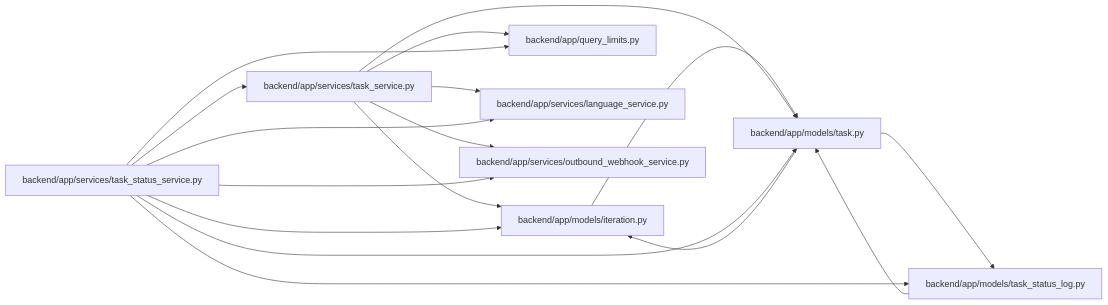
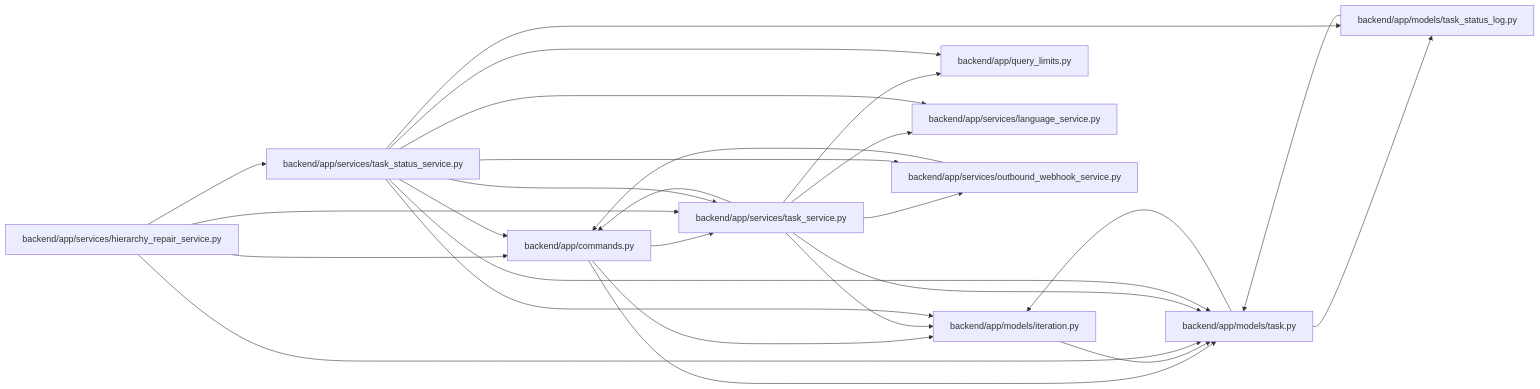
Before and after one commit to Denissvgn/WorkChord: the diagram in docs/llm_wiki/modules/task_status_service.md, drawn with Mermaid. The commit also changed other lines of this file and 958 other files, not shown here.

First line of the commit message:
docs(wiki): refresh identity and recovery architecture

````diff
--- a/docs/llm_wiki/modules/task_status_service.md
+++ b/docs/llm_wiki/modules/task_status_service.md
@@ -30,35 +33,49 @@
 ```mermaid
 flowchart LR
-    n0["backend/app/models/iteration.py"]
-    n1["backend/app/models/task.py"]
-    n2["backend/app/models/task_status_log.py"]
-    n3["backend/app/query_limits.py"]
-    n4["backend/app/services/language_service.py"]
-    n5["backend/app/services/outbound_webhook_service.py"]
-    n6["backend/app/services/task_service.py"]
-    n7["backend/app/services/task_status_service.py"]
+    n0["backend/app/commands.py"]
+    n1["backend/app/models/iteration.py"]
+    n2["backend/app/models/task.py"]
+    n3["backend/app/models/task_status_log.py"]
+    n4["backend/app/query_limits.py"]
+    n5["backend/app/services/hierarchy_repair_service.py"]
+    n6["backend/app/services/language_service.py"]
+    n7["backend/app/services/outbound_webhook_service.py"]
+    n8["backend/app/services/task_service.py"]
+    n9["backend/app/services/task_status_service.py"]
     n0 --> n1
-    n1 --> n0
+    n0 --> n2
+    n0 --> n8
     n1 --> n2
     n2 --> n1
-    n6 --> n0
-    n6 --> n1
-    n6 --> n3
-    n6 --> n4
-    n6 --> n5
+    n2 --> n3
+    n3 --> n2
+    n5 --> n0
+    n5 --> n2
+    n5 --> n8
+    n5 --> n9
     n7 --> n0
-    n7 --> n1
-    n7 --> n2
-    n7 --> n3
-    n7 --> n4
-    n7 --> n5
-    n7 --> n6
-    click n0 "../modules/models_iteration.md"
-    click n1 "../modules/models_task.md"
-    click n2 "../modules/task_status_log.md"
-    click n3 "../modules/query_limits.md"
-    click n4 "../modules/language_service.md"
-    click n5 "../modules/outbound_webhook_service.md"
-    click n6 "../modules/task_service.md"
-    click n7 "../modules/task_status_service.md"
+    n8 --> n0
+    n8 --> n1
+    n8 --> n2
+    n8 --> n4
+    n8 --> n6
+    n8 --> n7
+    n9 --> n0
+    n9 --> n1
+    n9 --> n2
+    n9 --> n3
+    n9 --> n4
+    n9 --> n6
+    n9 --> n7
+    n9 --> n8
+    click n0 "../modules/commands.md"
+    click n1 "../modules/models_iteration.md"
+    click n2 "../modules/models_task.md"
+    click n3 "../modules/task_status_log.md"
+    click n4 "../modules/query_limits.md"
+    click n5 "../modules/hierarchy_repair_service.md"
+    click n6 "../modules/language_service.md"
+    click n7 "../modules/outbound_webhook_service.md"
+    click n8 "../modules/task_service.md"
+    click n9 "../modules/task_status_service.md"
 ```
````
